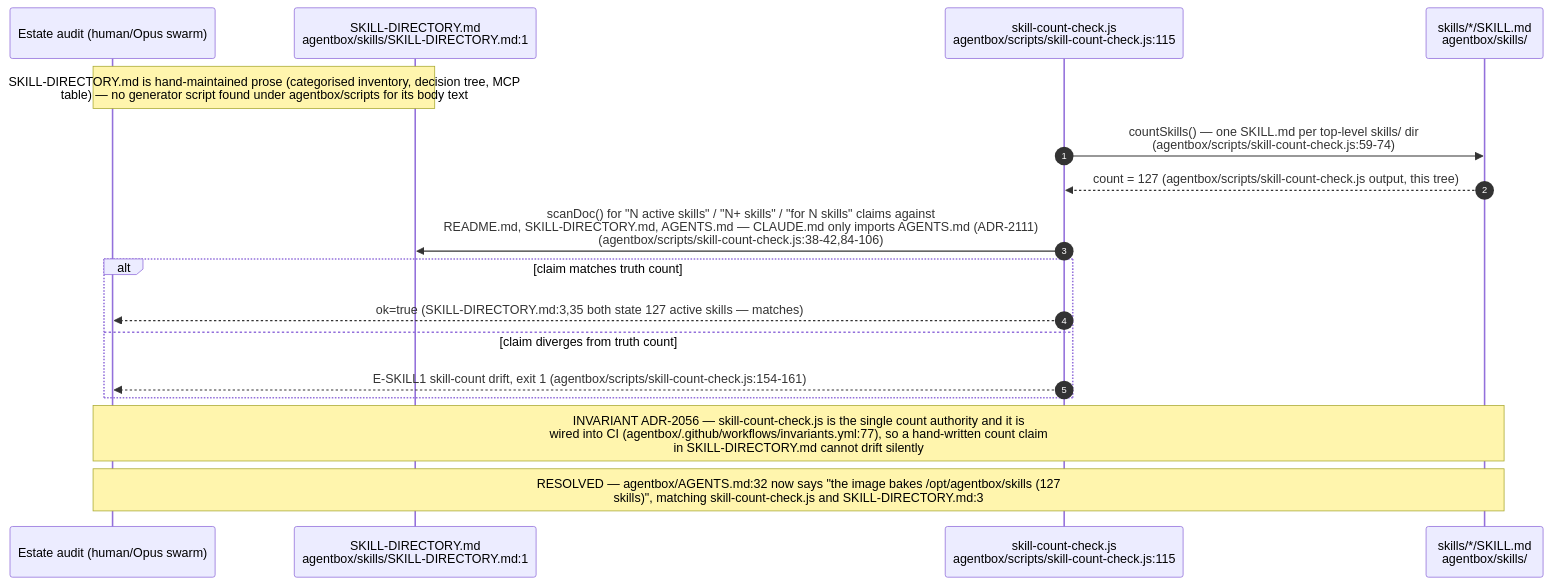
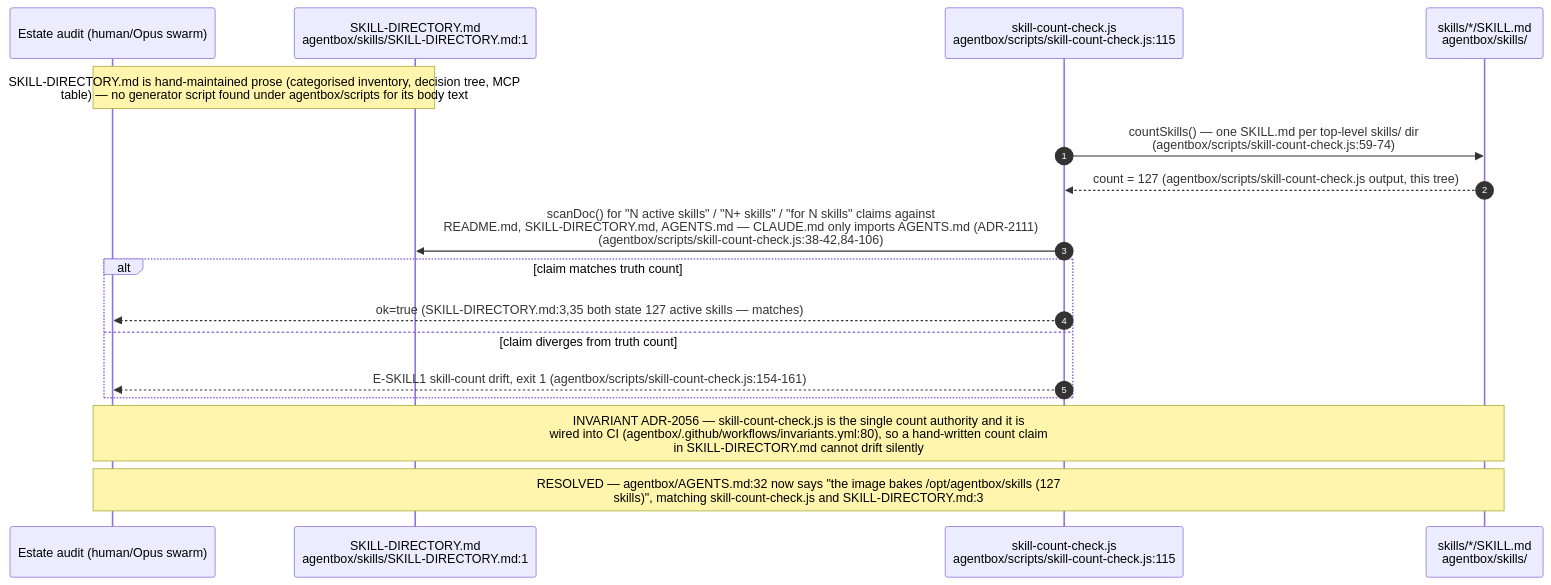
One commit to DreamLab-AI/VisionFlow changed the fourth of 12 diagrams in docs/diagrams/agentbox/22-skills-and-routing.md. Above: the diagram before and after it, drawn with Mermaid. The commit also changed other lines of this file and 94 other files, not shown here.

First line of the commit message:
docs(diagrams): re-verify 130 topics against 2 October HEADs

````diff
--- a/docs/diagrams/agentbox/22-skills-and-routing.md
+++ b/docs/diagrams/agentbox/22-skills-and-routing.md
@@ -182,20 +184,20 @@
 ```mermaid
 sequenceDiagram
     autonumber
     participant AUTHOR as Estate audit (human/Opus swarm)
     participant DIR as SKILL-DIRECTORY.md<br/>agentbox/skills/SKILL-DIRECTORY.md:1
     participant CNT as skill-count-check.js<br/>agentbox/scripts/skill-count-check.js:115
     participant DISK as skills/*/SKILL.md<br/>agentbox/skills/
 
     Note over AUTHOR,DIR: SKILL-DIRECTORY.md is hand-maintained prose (categorised inventory, decision tree, MCP<br/>table) — no generator script found under agentbox/scripts for its body text
     CNT->>DISK: countSkills() — one SKILL.md per top-level skills/ dir<br/>(agentbox/scripts/skill-count-check.js:59-74)
     DISK-->>CNT: count = 127 (agentbox/scripts/skill-count-check.js output, this tree)
     CNT->>DIR: scanDoc() for "N active skills" / "N+ skills" / "for N skills" claims against<br/>README.md, SKILL-DIRECTORY.md, AGENTS.md — CLAUDE.md only imports AGENTS.md (ADR-2111)<br/>(agentbox/scripts/skill-count-check.js:38-42,84-106)
     alt claim matches truth count
         CNT-->>AUTHOR: ok=true (SKILL-DIRECTORY.md:3,35 both state 127 active skills — matches)
     else claim diverges from truth count
         CNT-->>AUTHOR: E-SKILL1 skill-count drift, exit 1 (agentbox/scripts/skill-count-check.js:154-161)
     end
-    Note over AUTHOR,DISK: INVARIANT ADR-2056 — skill-count-check.js is the single count authority and it is<br/>wired into CI (agentbox/.github/workflows/invariants.yml:77), so a hand-written count claim<br/>in SKILL-DIRECTORY.md cannot drift silently
+    Note over AUTHOR,DISK: INVARIANT ADR-2056 — skill-count-check.js is the single count authority and it is<br/>wired into CI (agentbox/.github/workflows/invariants.yml:80), so a hand-written count claim<br/>in SKILL-DIRECTORY.md cannot drift silently
     Note over AUTHOR,DISK: RESOLVED — agentbox/AGENTS.md:32 now says "the image bakes /opt/agentbox/skills (127<br/>skills)", matching skill-count-check.js and SKILL-DIRECTORY.md:3
 ```
````
